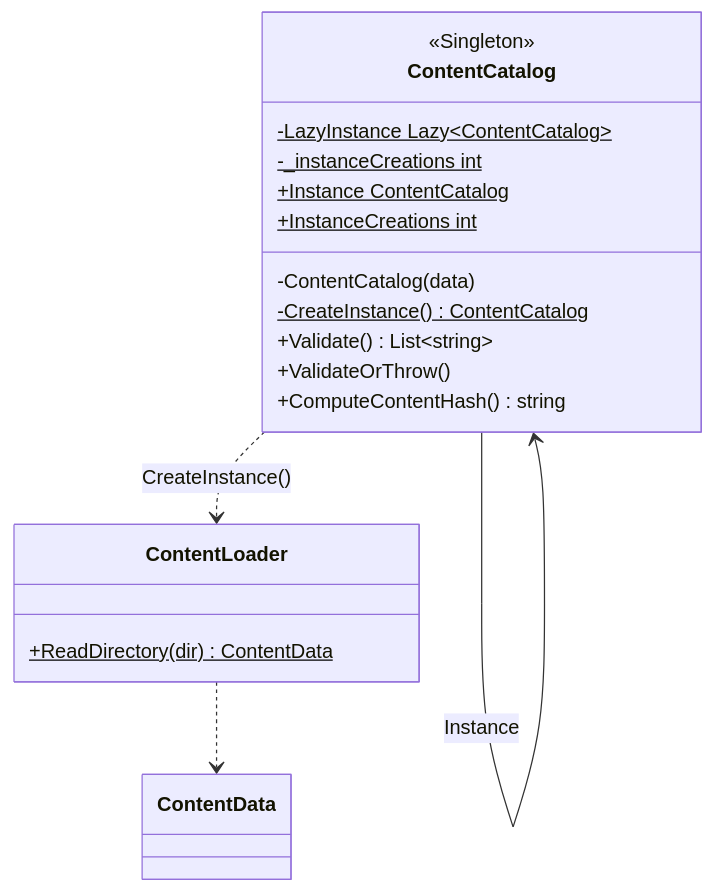
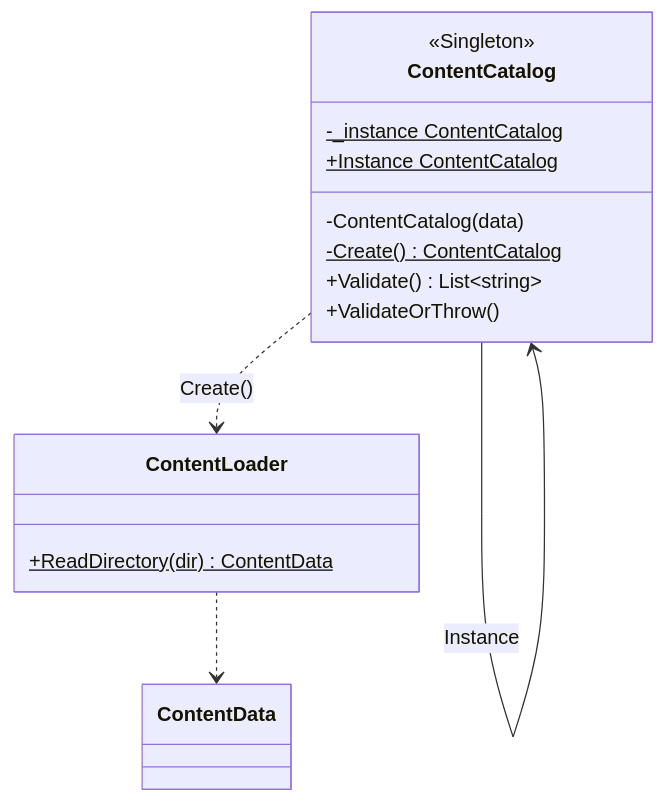
One commit to YoBoyJonas/OPP changed the second of 2 diagrams in docs/patterns/Singleton.md. Above: the diagram before and after it, drawn with Mermaid. The commit also changed other lines of this file and 48 other files, not shown here.

````diff
--- a/docs/patterns/Singleton.md
+++ b/docs/patterns/Singleton.md
@@ -56,22 +53,19 @@
 ```mermaid
 classDiagram
     class ContentCatalog {
         <<Singleton>>
-        -LazyInstance Lazy~ContentCatalog~$
-        -_instanceCreations int$
+        -_instance ContentCatalog$
         +Instance ContentCatalog$
-        +InstanceCreations int$
         -ContentCatalog(data)
-        -CreateInstance() ContentCatalog$
+        -Create() ContentCatalog$
         +Validate() List~string~
         +ValidateOrThrow()
-        +ComputeContentHash() string
     }
     class ContentLoader {
         +ReadDirectory(dir) ContentData$
     }
     class ContentData
-    ContentCatalog ..> ContentLoader : CreateInstance()
+    ContentCatalog ..> ContentLoader : Create()
     ContentLoader ..> ContentData
     ContentCatalog --> ContentCatalog : Instance
 ```
````
